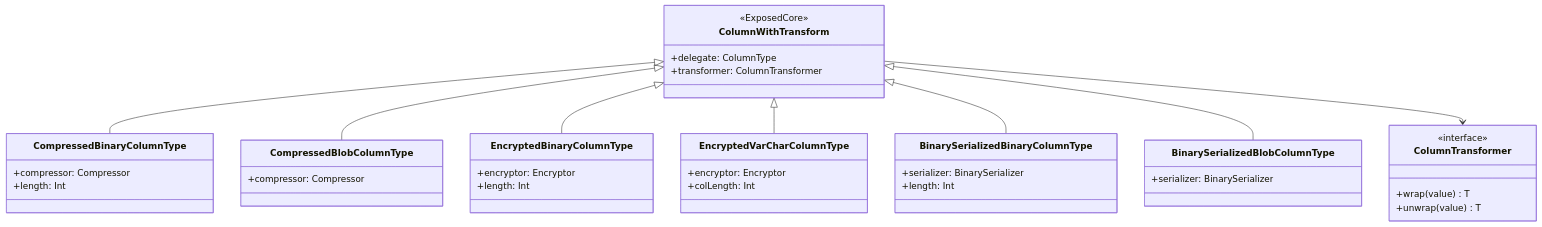
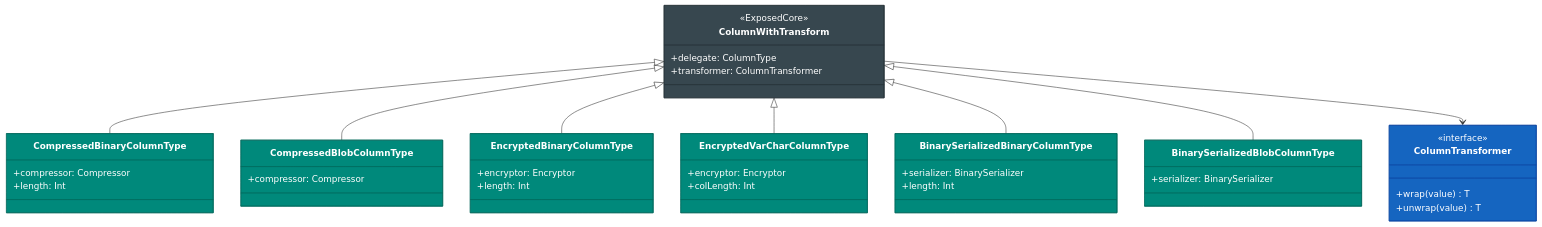
The second of 5 diagrams in data/exposed-core/README.md (bluetape4k/bluetape4k-projects), drawn with Mermaid before and after one commit. The commit also changed other lines of this file and 221 other files, not shown here.

First line of the commit message:
docs: 전체 모듈 README UML 다이어그램 보강 및 색상 업그레이드

````diff
--- a/data/exposed-core/README.md
+++ b/data/exposed-core/README.md
@@ -245,44 +249,53 @@
 ```mermaid
 classDiagram
     class ColumnWithTransform {
 <<ExposedCore>>
 +delegate: ColumnType
 +transformer: ColumnTransformer
 }
 class ColumnTransformer {
 <<interface>>
 +wrap(value) T
 +unwrap(value) T
 }
 
 class CompressedBinaryColumnType {
 +compressor: Compressor
 +length: Int
  }
 class CompressedBlobColumnType {
 +compressor: Compressor
 }
 class EncryptedBinaryColumnType {
 +encryptor: Encryptor
 +length: Int
  }
 class EncryptedVarCharColumnType {
 +encryptor: Encryptor
 +colLength: Int
  }
 class BinarySerializedBinaryColumnType {
 +serializer: BinarySerializer
 +length: Int
  }
 class BinarySerializedBlobColumnType {
 +serializer: BinarySerializer
 }
 
 ColumnWithTransform <|-- CompressedBinaryColumnType
 ColumnWithTransform <|-- CompressedBlobColumnType
 ColumnWithTransform <|-- EncryptedBinaryColumnType
 ColumnWithTransform <|-- EncryptedVarCharColumnType
 ColumnWithTransform <|-- BinarySerializedBinaryColumnType
 ColumnWithTransform <|-- BinarySerializedBlobColumnType
 ColumnWithTransform --> ColumnTransformer
+
+    style ColumnWithTransform fill:#37474F,stroke:#263238,color:#FFFFFF
+    style ColumnTransformer fill:#1565C0,stroke:#0D47A1,color:#FFFFFF
+    style CompressedBinaryColumnType fill:#00897B,stroke:#00695C,color:#FFFFFF
+    style CompressedBlobColumnType fill:#00897B,stroke:#00695C,color:#FFFFFF
+    style EncryptedBinaryColumnType fill:#00897B,stroke:#00695C,color:#FFFFFF
+    style EncryptedVarCharColumnType fill:#00897B,stroke:#00695C,color:#FFFFFF
+    style BinarySerializedBinaryColumnType fill:#00897B,stroke:#00695C,color:#FFFFFF
+    style BinarySerializedBlobColumnType fill:#00897B,stroke:#00695C,color:#FFFFFF
 ```
````
